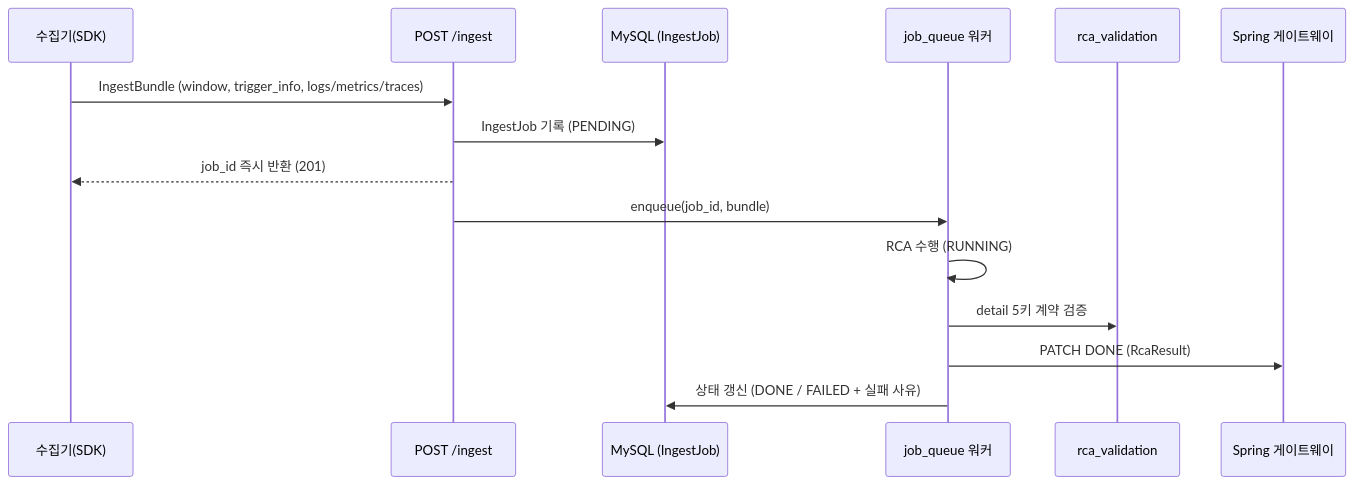
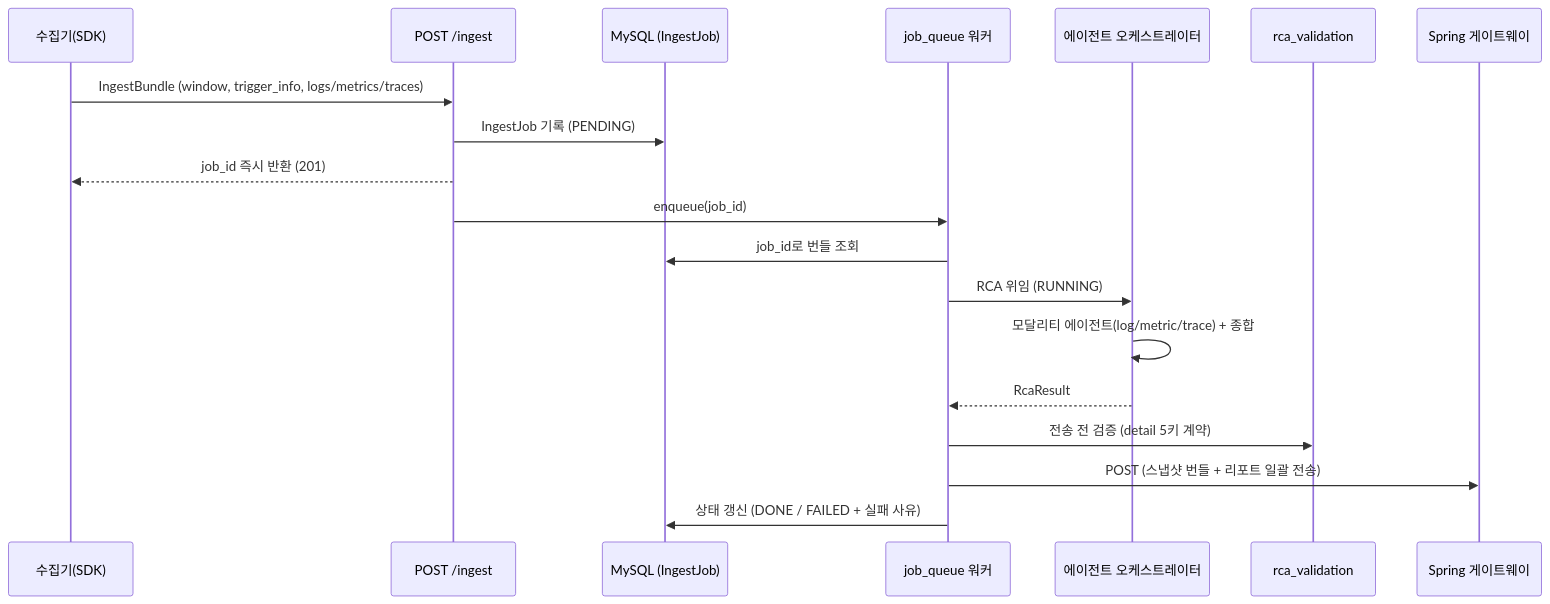
Before and after one commit to KT-AX-ICT/chok-v2-ai-backend: the diagram in docs/flow.md, drawn with Mermaid. The commit also changed other lines of this file, not shown here.

Commit message:
docs: flow.md 계획과 맞지 않는 부분 수정

````diff
--- a/docs/flow.md
+++ b/docs/flow.md
@@ -7,18 +7,22 @@
 ```mermaid
 sequenceDiagram
     participant SDK as 수집기(SDK)
     participant API as POST /ingest
     participant DB as MySQL (IngestJob)
     participant Q as job_queue 워커
+    participant A as 에이전트 오케스트레이터
     participant V as rca_validation
     participant S as Spring 게이트웨이
 
     SDK->>API: IngestBundle (window, trigger_info, logs/metrics/traces)
     API->>DB: IngestJob 기록 (PENDING)
     API-->>SDK: job_id 즉시 반환 (201)
-    API->>Q: enqueue(job_id, bundle)
-    Q->>Q: RCA 수행 (RUNNING)
-    Q->>V: detail 5키 계약 검증
-    Q->>S: PATCH DONE (RcaResult)
+    API->>Q: enqueue(job_id)
+    Q->>DB: job_id로 번들 조회
+    Q->>A: RCA 위임 (RUNNING)
+    A->>A: 모달리티 에이전트(log/metric/trace) + 종합
+    A-->>Q: RcaResult
+    Q->>V: 전송 전 검증 (detail 5키 계약)
+    Q->>S: POST (스냅샷 번들 + 리포트 일괄 전송)
     Q->>DB: 상태 갱신 (DONE / FAILED + 실패 사유)
 ```
````
